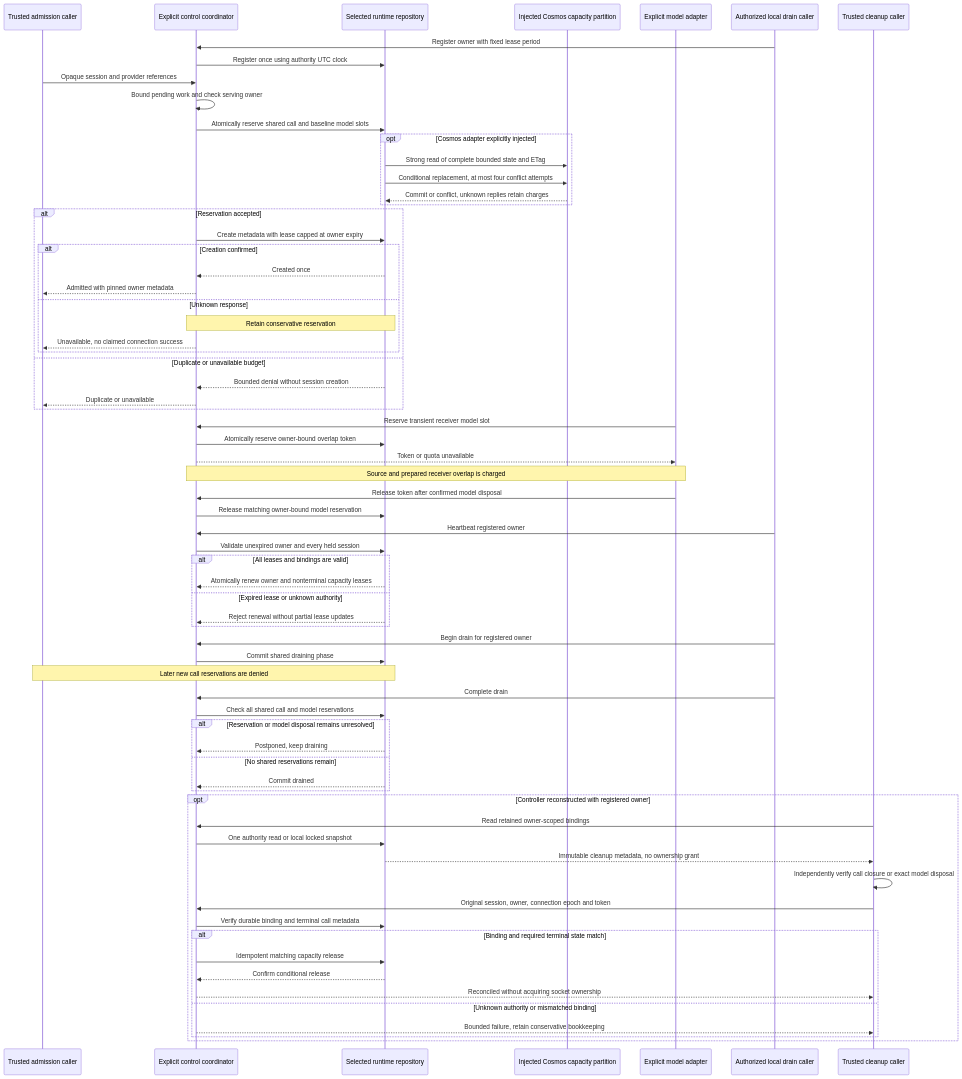
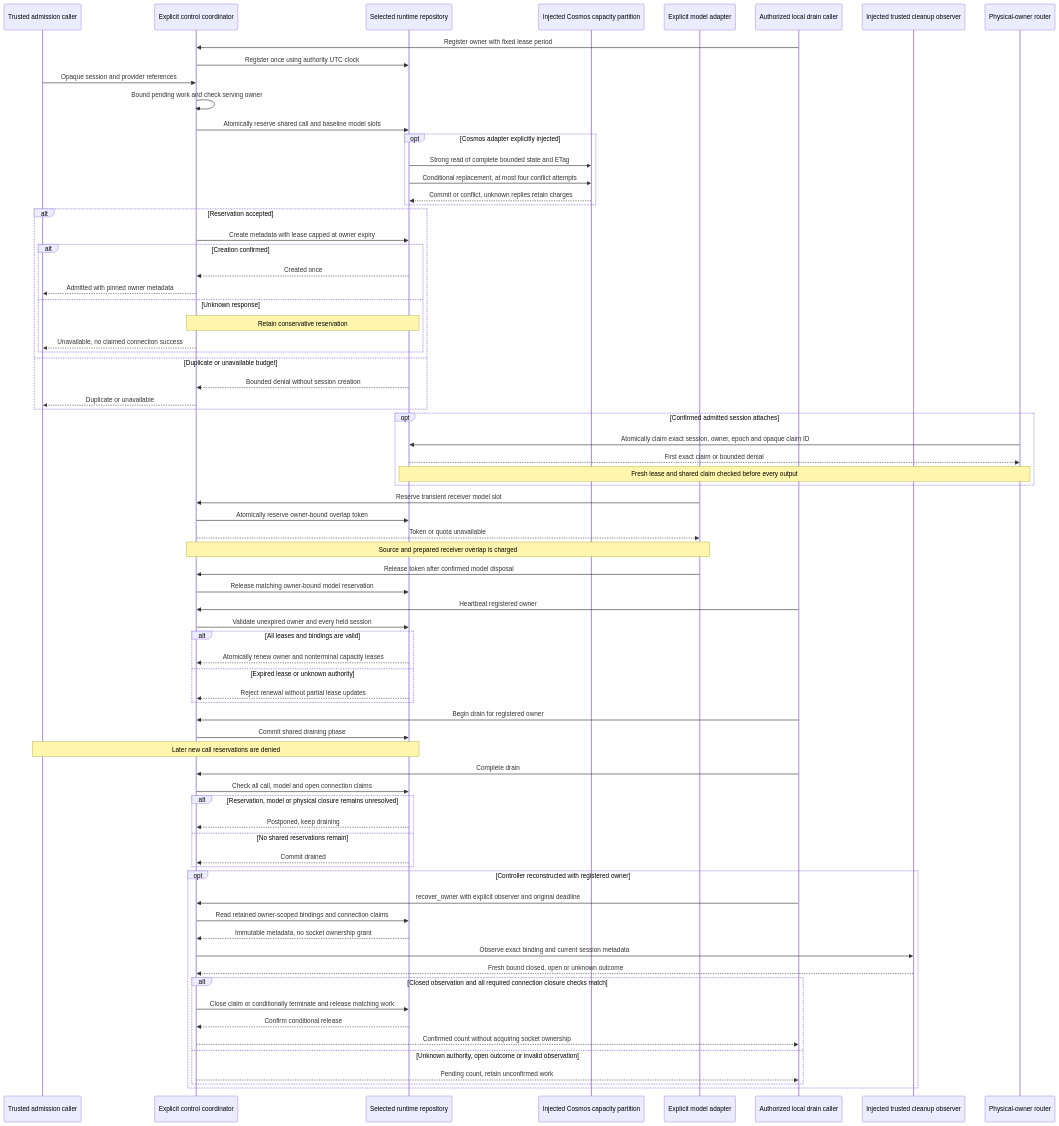
Before and after one commit to marvinbuss/caller-ai: the first of 2 diagrams in code/docs/acceptance/us6.md, drawn with Mermaid. The commit also changed other lines of this file and 12 other files, not shown here.

Commit message:
Complete T123 shared capacity fencing and verified recovery

````diff
--- a/code/docs/acceptance/us6.md
+++ b/code/docs/acceptance/us6.md
@@ -464,71 +503,76 @@
 ```mermaid
 sequenceDiagram
     participant Admission as Trusted admission caller
     participant Capacity as Explicit control coordinator
     participant Store as Selected runtime repository
     participant Authority as Injected Cosmos capacity partition
     participant Model as Explicit model adapter
     participant Operator as Authorized local drain caller
-    participant Recovery as Trusted cleanup caller
+    participant Recovery as Injected trusted cleanup observer
+    participant Owner as Physical-owner router
     Operator->>Capacity: Register owner with fixed lease period
     Capacity->>Store: Register once using authority UTC clock
     Admission->>Capacity: Opaque session and provider references
     Capacity->>Capacity: Bound pending work and check serving owner
     Capacity->>Store: Atomically reserve shared call and baseline model slots
     opt Cosmos adapter explicitly injected
         Store->>Authority: Strong read of complete bounded state and ETag
         Store->>Authority: Conditional replacement, at most four conflict attempts
         Authority-->>Store: Commit or conflict, unknown replies retain charges
     end
     alt Reservation accepted
         Capacity->>Store: Create metadata with lease capped at owner expiry
         alt Creation confirmed
             Store-->>Capacity: Created once
             Capacity-->>Admission: Admitted with pinned owner metadata
         else Unknown response
             Note over Capacity,Store: Retain conservative reservation
             Capacity-->>Admission: Unavailable, no claimed connection success
         end
     else Duplicate or unavailable budget
         Store-->>Capacity: Bounded denial without session creation
         Capacity-->>Admission: Duplicate or unavailable
     end
+    opt Confirmed admitted session attaches
+        Owner->>Store: Atomically claim exact session, owner, epoch and opaque claim ID
+        Store-->>Owner: First exact claim or bounded denial
+        Note over Owner,Store: Fresh lease and shared claim checked before every output
+    end
     Model->>Capacity: Reserve transient receiver model slot
     Capacity->>Store: Atomically reserve owner-bound overlap token
     Capacity-->>Model: Token or quota unavailable
     Note over Capacity,Model: Source and prepared receiver overlap is charged
     Model->>Capacity: Release token after confirmed model disposal
     Capacity->>Store: Release matching owner-bound model reservation
     Operator->>Capacity: Heartbeat registered owner
     Capacity->>Store: Validate unexpired owner and every held session
     alt All leases and bindings are valid
         Store-->>Capacity: Atomically renew owner and nonterminal capacity leases
     else Expired lease or unknown authority
         Store-->>Capacity: Reject renewal without partial lease updates
     end
     Operator->>Capacity: Begin drain for registered owner
     Capacity->>Store: Commit shared draining phase
     Note over Admission,Store: Later new call reservations are denied
     Operator->>Capacity: Complete drain
-    Capacity->>Store: Check all shared call and model reservations
-    alt Reservation or model disposal remains unresolved
+    Capacity->>Store: Check all call, model and open connection claims
+    alt Reservation, model or physical closure remains unresolved
         Store-->>Capacity: Postponed, keep draining
     else No shared reservations remain
         Store-->>Capacity: Commit drained
     end
     opt Controller reconstructed with registered owner
-        Recovery->>Capacity: Read retained owner-scoped bindings
-        Capacity->>Store: One authority read or local locked snapshot
-        Store-->>Recovery: Immutable cleanup metadata, no ownership grant
-        Recovery->>Recovery: Independently verify call closure or exact model disposal
-        Recovery->>Capacity: Original session, owner, connection epoch and token
-        Capacity->>Store: Verify durable binding and terminal call metadata
-        alt Binding and required terminal state match
-            Capacity->>Store: Idempotent matching capacity release
+        Operator->>Capacity: recover_owner with explicit observer and original deadline
+        Capacity->>Store: Read retained owner-scoped bindings and connection claims
+        Store-->>Capacity: Immutable metadata, no socket ownership grant
+        Capacity->>Recovery: Observe exact binding and current session metadata
+        Recovery-->>Capacity: Fresh bound closed, open or unknown outcome
+        alt Closed observation and all required connection closure checks match
+            Capacity->>Store: Close claim or conditionally terminate and release matching work
             Store-->>Capacity: Confirm conditional release
-            Capacity-->>Recovery: Reconciled without acquiring socket ownership
-        else Unknown authority or mismatched binding
-            Capacity-->>Recovery: Bounded failure, retain conservative bookkeeping
+            Capacity-->>Operator: Confirmed count without acquiring socket ownership
+        else Unknown authority, open outcome or invalid observation
+            Capacity-->>Operator: Pending count, retain unconfirmed work
         end
     end
 ```
````
